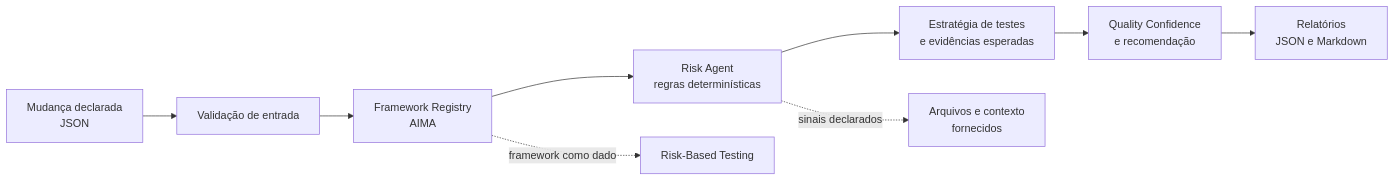
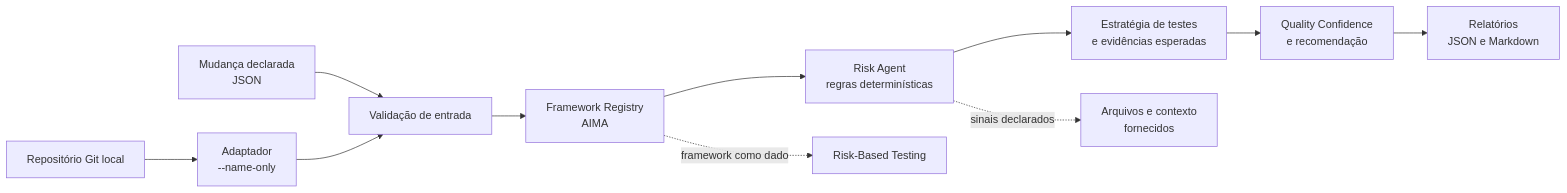
Before and after one commit to jonasqasoftware/aima-agentic-qe: the diagram in ARCHITECTURE.md, drawn with Mermaid. The commit also changed other lines of this file and 8 other files, not shown here.

Commit message:
feat: analyze local git diff file surface

````diff
--- a/ARCHITECTURE.md
+++ b/ARCHITECTURE.md
@@ -7,12 +7,14 @@
 ```mermaid
 flowchart LR
   Input["Mudança declarada\nJSON"] --> Validate["Validação de entrada"]
+  Git["Repositório Git local"] --> Diff["Adaptador\n--name-only"]
+  Diff --> Validate
   Validate --> Registry["Framework Registry\nAIMA"]
   Registry --> Risk["Risk Agent\nregras determinísticas"]
   Risk --> Strategy["Estratégia de testes\ne evidências esperadas"]
   Strategy --> Decision["Quality Confidence\ne recomendação"]
   Decision --> Report["Relatórios\nJSON e Markdown"]
 
   Registry -. "framework como dado" .-> Framework["Risk-Based Testing"]
   Risk -. "sinais declarados" .-> Change["Arquivos e contexto\nfornecidos"]
 ```
````
